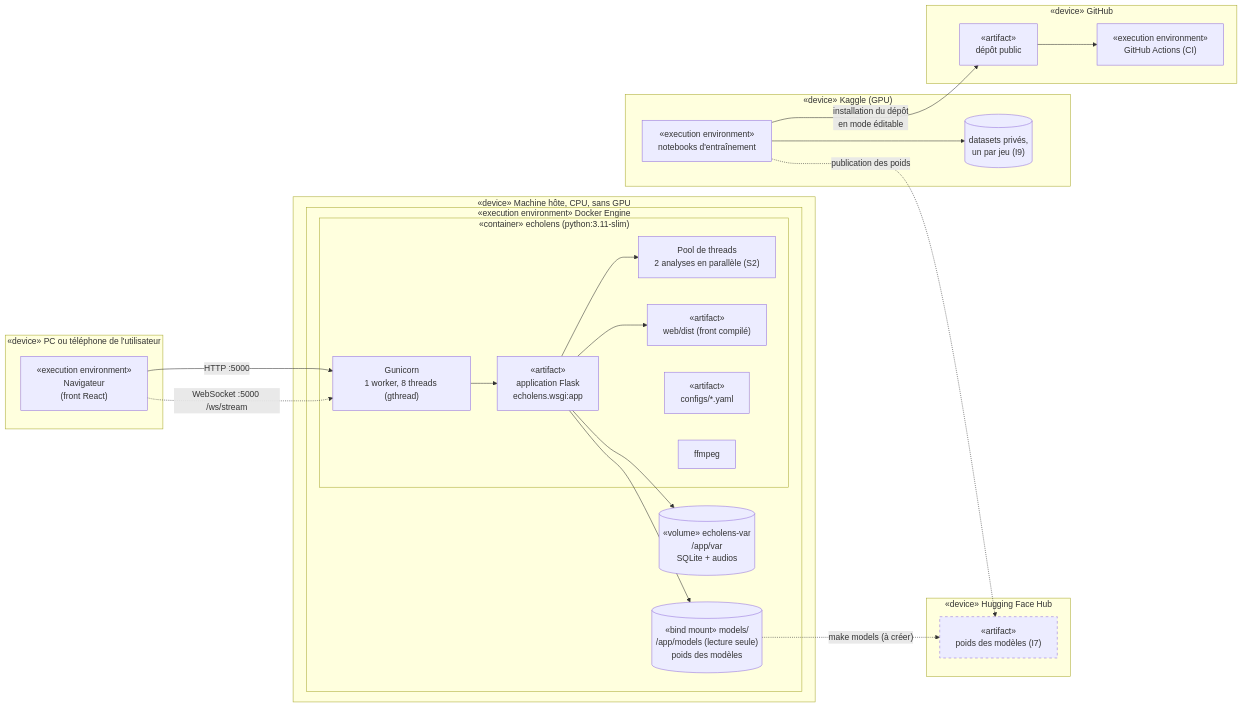
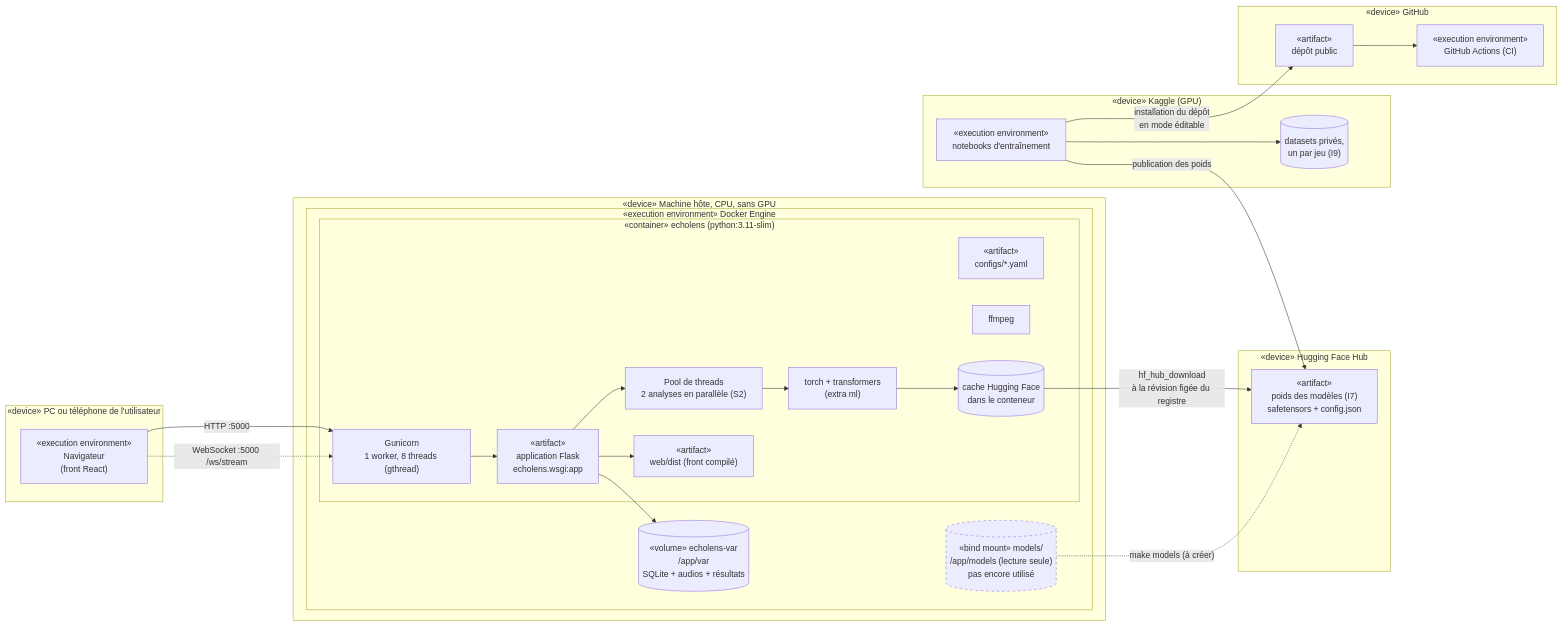
Before and after one commit to mentalist011101/TP_SIGNAL_DS: the diagram in docs/uml/deploiement.md, drawn with Mermaid. The commit also changed other lines of this file and 6 other files, not shown here.

First line of the commit message:
docs(uml): met les diagrammes à jour après C13 et la PR #28, et ajoute leur fiche de révision (N3)

````diff
--- a/docs/uml/deploiement.md
+++ b/docs/uml/deploiement.md
@@ -13,51 +13,55 @@
 ```mermaid
 flowchart LR
     subgraph CLIENT["«device» PC ou téléphone de l'utilisateur"]
         BROWSER["«execution environment»<br>Navigateur<br>(front React)"]
     end
 
     subgraph HOST["«device» Machine hôte, CPU, sans GPU"]
         subgraph DOCKER["«execution environment» Docker Engine"]
             subgraph CONT["«container» echolens (python:3.11-slim)"]
                 GUNI["Gunicorn<br>1 worker, 8 threads (gthread)"]
                 FLASK["«artifact»<br>application Flask<br>echolens.wsgi:app"]
                 POOL["Pool de threads<br>2 analyses en parallèle (S2)"]
                 DIST["«artifact»<br>web/dist (front compilé)"]
                 CONF["«artifact»<br>configs/*.yaml"]
                 FFM["ffmpeg"]
+                TORCH["torch + transformers<br>(extra ml)"]
+                HFCACHE[("cache Hugging Face<br>dans le conteneur")]
                 GUNI --> FLASK
                 FLASK --> POOL
                 FLASK --> DIST
+                POOL --> TORCH
             end
-            VOLVAR[("«volume» echolens-var<br>/app/var<br>SQLite + audios")]
-            VOLMOD[("«bind mount» models/<br>/app/models (lecture seule)<br>poids des modèles")]
+            VOLVAR[("«volume» echolens-var<br>/app/var<br>SQLite + audios + résultats")]
+            VOLMOD[("«bind mount» models/<br>/app/models (lecture seule)<br>pas encore utilisé")]
         end
     end
 
     subgraph HF["«device» Hugging Face Hub"]
-        WEIGHTS["«artifact»<br>poids des modèles (I7)"]
+        WEIGHTS["«artifact»<br>poids des modèles (I7)<br>safetensors + config.json"]
     end
 
     subgraph KAGGLE["«device» Kaggle (GPU)"]
         NB["«execution environment»<br>notebooks d'entraînement"]
         KDATA[("datasets privés,<br>un par jeu (I9)")]
     end
 
     subgraph GH["«device» GitHub"]
         REPO["«artifact»<br>dépôt public"]
         CI["«execution environment»<br>GitHub Actions (CI)"]
     end
 
     BROWSER -- "HTTP :5000" --> GUNI
     BROWSER -. "WebSocket :5000 /ws/stream" .-> GUNI
     FLASK --> VOLVAR
-    FLASK --> VOLMOD
+    TORCH --> HFCACHE
+    HFCACHE -- "hf_hub_download<br>à la révision figée du registre" --> WEIGHTS
     VOLMOD -. "make models (à créer)" .-> WEIGHTS
     NB --> KDATA
     NB -- "installation du dépôt<br>en mode éditable" --> REPO
-    NB -. "publication des poids" .-> WEIGHTS
+    NB -- "publication des poids" --> WEIGHTS
     REPO --> CI
 
     classDef prevu stroke-dasharray: 5 5
-    class WEIGHTS prevu
+    class VOLMOD prevu
 ```
````
